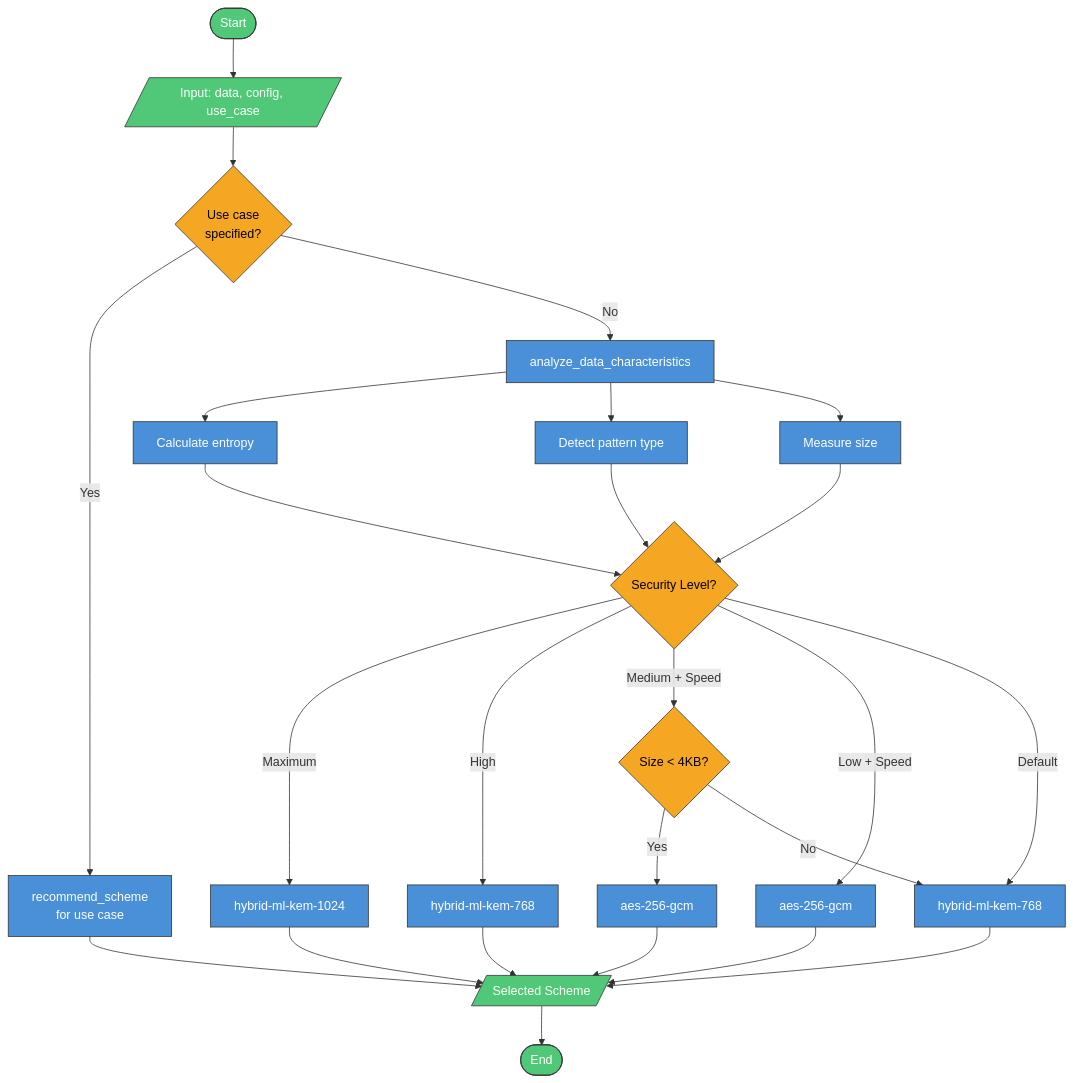
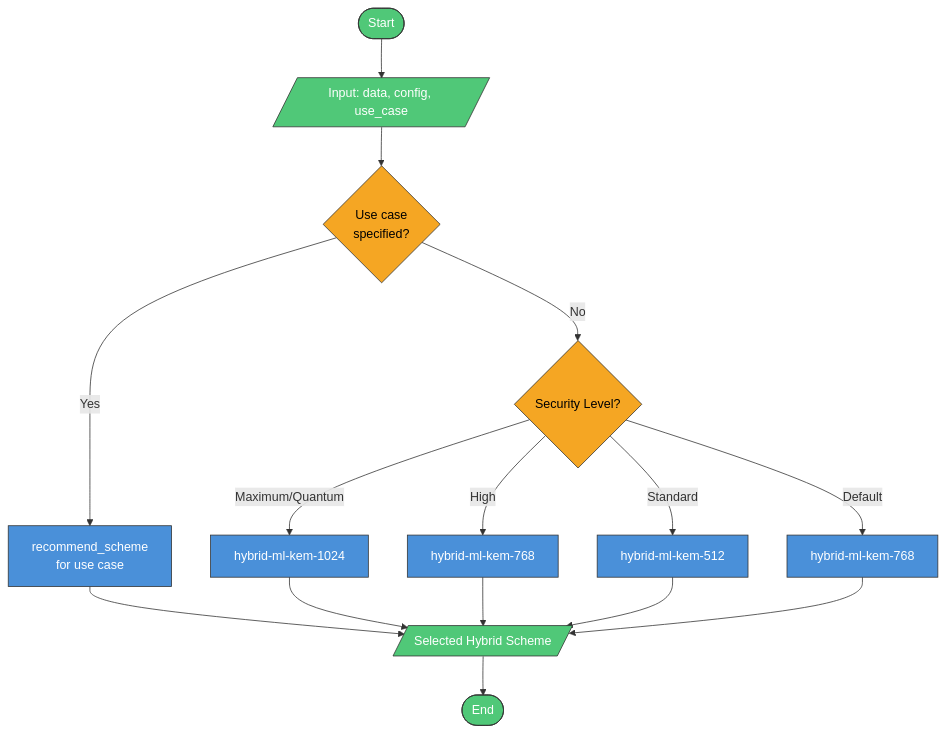
One commit to LatticeArc/latticearc changed the third of 13 diagrams in docs/DESIGN.md. Above: the diagram before and after it, drawn with Mermaid. The commit also changed other lines of this file, not shown here.

````diff
--- a/docs/DESIGN.md
+++ b/docs/DESIGN.md
@@ -115,42 +138,29 @@
 ```mermaid
 flowchart TD
     START([Start]) --> INPUT[/"Input: data, config, use_case"/]
     INPUT --> USECASE{Use case<br/>specified?}
 
     USECASE -->|Yes| RECOMMEND[recommend_scheme<br/>for use case]
-    USECASE -->|No| ANALYZE[analyze_data_characteristics]
+    USECASE -->|No| SECLEVEL{Security Level?}
 
-    ANALYZE --> ENTROPY[Calculate entropy]
-    ANALYZE --> PATTERN[Detect pattern type]
-    ANALYZE --> SIZE[Measure size]
+    SECLEVEL -->|Maximum/Quantum| MAX[hybrid-ml-kem-1024]
+    SECLEVEL -->|High| HIGH[hybrid-ml-kem-768]
+    SECLEVEL -->|Standard| STD[hybrid-ml-kem-512]
+    SECLEVEL -->|Default| DEFAULT[hybrid-ml-kem-768]
 
-    ENTROPY --> CONTEXT{Security Level?}
-    PATTERN --> CONTEXT
-    SIZE --> CONTEXT
-
-    CONTEXT -->|Maximum| MAX[hybrid-ml-kem-1024]
-    CONTEXT -->|High| HIGH[hybrid-ml-kem-768]
-    CONTEXT -->|Medium + Speed| MEDSPEED{Size < 4KB?}
-    CONTEXT -->|Low + Speed| LOWSPEED[aes-256-gcm]
-    CONTEXT -->|Default| DEFAULT[hybrid-ml-kem-768]
-
-    MEDSPEED -->|Yes| CLASSICAL[aes-256-gcm]
-    MEDSPEED -->|No| DEFAULT
-
-    RECOMMEND --> OUTPUT[/"Selected Scheme"/]
+    RECOMMEND --> OUTPUT[/"Selected Hybrid Scheme"/]
     MAX --> OUTPUT
     HIGH --> OUTPUT
-    CLASSICAL --> OUTPUT
-    LOWSPEED --> OUTPUT
+    STD --> OUTPUT
     DEFAULT --> OUTPUT
 
     OUTPUT --> END([End])
 
     classDef decision fill:#f5a623,stroke:#333,color:#000
     classDef process fill:#4a90d9,stroke:#333,color:#fff
     classDef terminal fill:#50c878,stroke:#333,color:#fff
 
-    class USECASE,CONTEXT,MEDSPEED decision
-    class ANALYZE,ENTROPY,PATTERN,SIZE,RECOMMEND,MAX,HIGH,CLASSICAL,LOWSPEED,DEFAULT process
+    class USECASE,SECLEVEL decision
+    class RECOMMEND,MAX,HIGH,STD,DEFAULT process
     class START,END,INPUT,OUTPUT terminal
 ```
````
